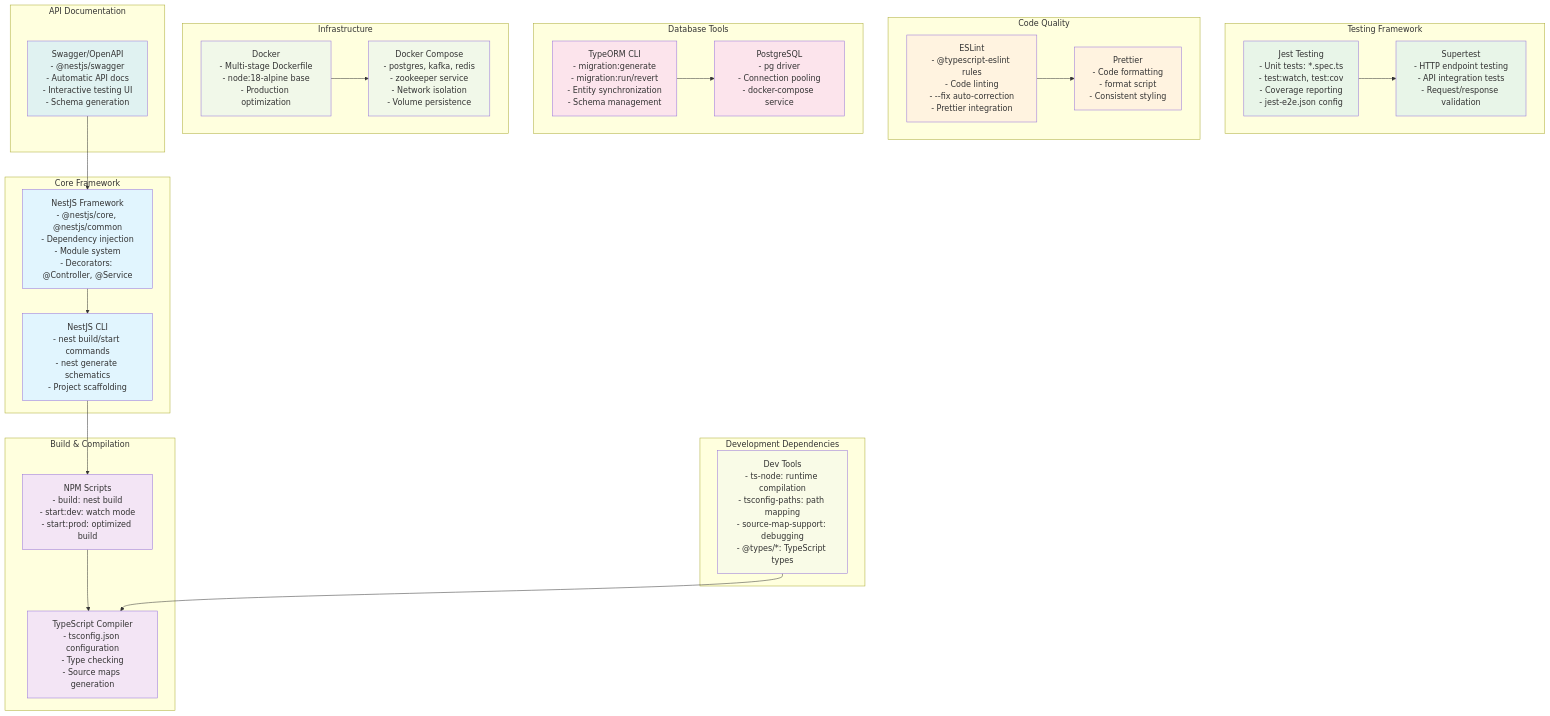
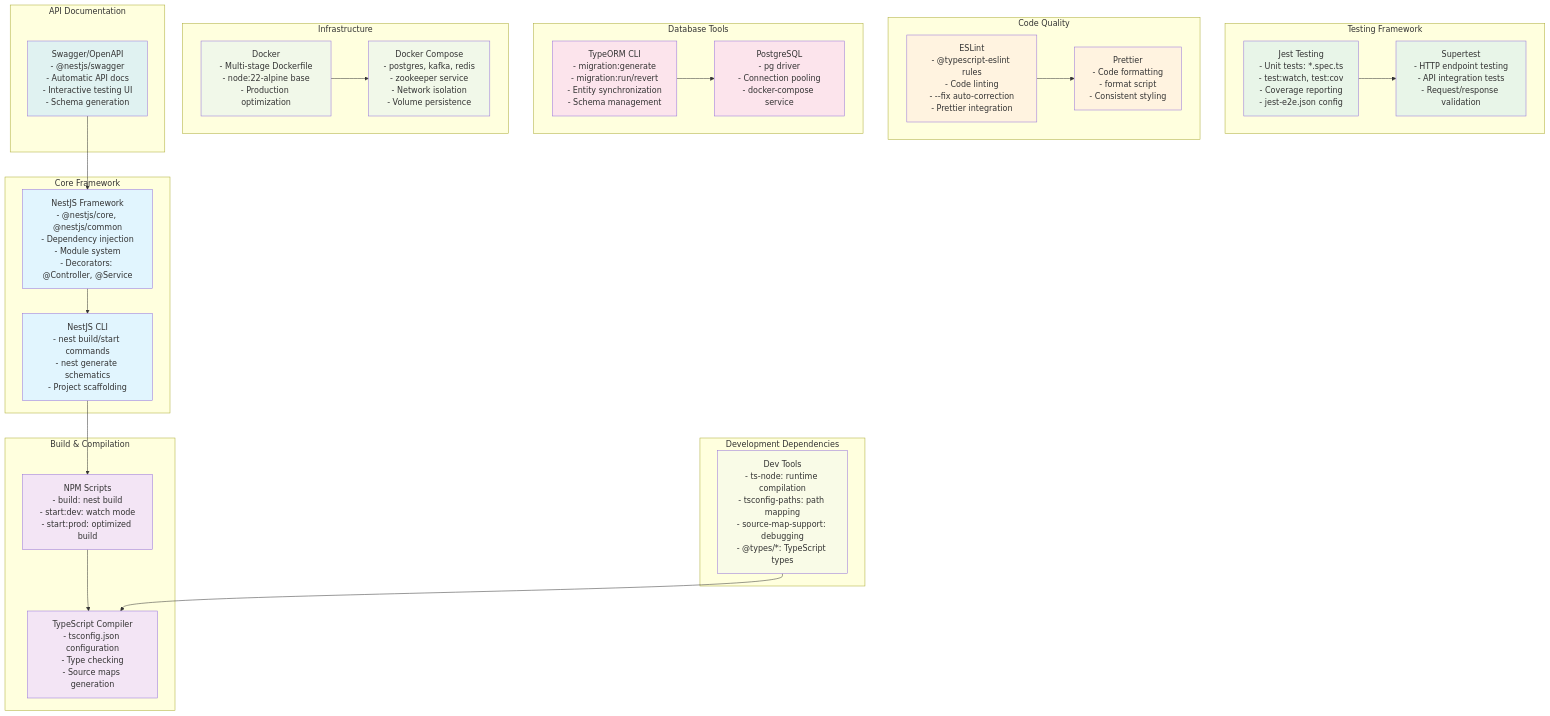
Before and after one commit to psavelis/solana-svm-course: the diagram in docs/diagrams/13-development-tools.md, drawn with Mermaid. The commit also changed 8 other files, not shown here.

````diff
--- a/docs/diagrams/13-development-tools.md
+++ b/docs/diagrams/13-development-tools.md
@@ -5,68 +5,68 @@
 ```mermaid
 graph TB
     subgraph "Core Framework"
         NEST["NestJS Framework<br/>- @nestjs/core, @nestjs/common<br/>- Dependency injection<br/>- Module system<br/>- Decorators: @Controller, @Service"]
         CLI["NestJS CLI<br/>- nest build/start commands<br/>- nest generate schematics<br/>- Project scaffolding"]
     end
 
     subgraph "Build & Compilation"
         TSC["TypeScript Compiler<br/>- tsconfig.json configuration<br/>- Type checking<br/>- Source maps generation"]
         BUILD["NPM Scripts<br/>- build: nest build<br/>- start:dev: watch mode<br/>- start:prod: optimized build"]
     end
 
     subgraph "Testing Framework"
         JEST["Jest Testing<br/>- Unit tests: *.spec.ts<br/>- test:watch, test:cov<br/>- Coverage reporting<br/>- jest-e2e.json config"]
         SUPER["Supertest<br/>- HTTP endpoint testing<br/>- API integration tests<br/>- Request/response validation"]
     end
 
     subgraph "Code Quality"
         ESLINT["ESLint<br/>- @typescript-eslint rules<br/>- Code linting<br/>- --fix auto-correction<br/>- Prettier integration"]
         PRETTIER["Prettier<br/>- Code formatting<br/>- format script<br/>- Consistent styling"]
     end
 
     subgraph "Database Tools"
         TYPEORM["TypeORM CLI<br/>- migration:generate<br/>- migration:run/revert<br/>- Entity synchronization<br/>- Schema management"]
         PG["PostgreSQL<br/>- pg driver<br/>- Connection pooling<br/>- docker-compose service"]
     end
 
     subgraph "Infrastructure"
-        DOCKER["Docker<br/>- Multi-stage Dockerfile<br/>- node:18-alpine base<br/>- Production optimization"]
+        DOCKER["Docker<br/>- Multi-stage Dockerfile<br/>- node:22-alpine base<br/>- Production optimization"]
         COMPOSE["Docker Compose<br/>- postgres, kafka, redis<br/>- zookeeper service<br/>- Network isolation<br/>- Volume persistence"]
     end
 
     subgraph "API Documentation"
         SWAGGER["Swagger/OpenAPI<br/>- @nestjs/swagger<br/>- Automatic API docs<br/>- Interactive testing UI<br/>- Schema generation"]
     end
 
     subgraph "Development Dependencies"
         DEP["Dev Tools<br/>- ts-node: runtime compilation<br/>- tsconfig-paths: path mapping<br/>- source-map-support: debugging<br/>- @types/*: TypeScript types"]
     end
 
     NEST --> CLI
     CLI --> BUILD
     BUILD --> TSC
     JEST --> SUPER
     ESLINT --> PRETTIER
     TYPEORM --> PG
     DOCKER --> COMPOSE
     SWAGGER --> NEST
     DEP --> TSC
 
     classDef framework fill:#e1f5fe
     classDef build fill:#f3e5f5
     classDef testing fill:#e8f5e8
     classDef quality fill:#fff3e0
     classDef database fill:#fce4ec
     classDef infra fill:#f1f8e9
     classDef docs fill:#e0f2f1
     classDef deps fill:#f9fbe7
 
     class NEST,CLI framework
     class TSC,BUILD build
     class JEST,SUPER testing
     class ESLINT,PRETTIER quality
     class TYPEORM,PG database
     class DOCKER,COMPOSE infra
     class SWAGGER docs
     class DEP deps
 ```
````
